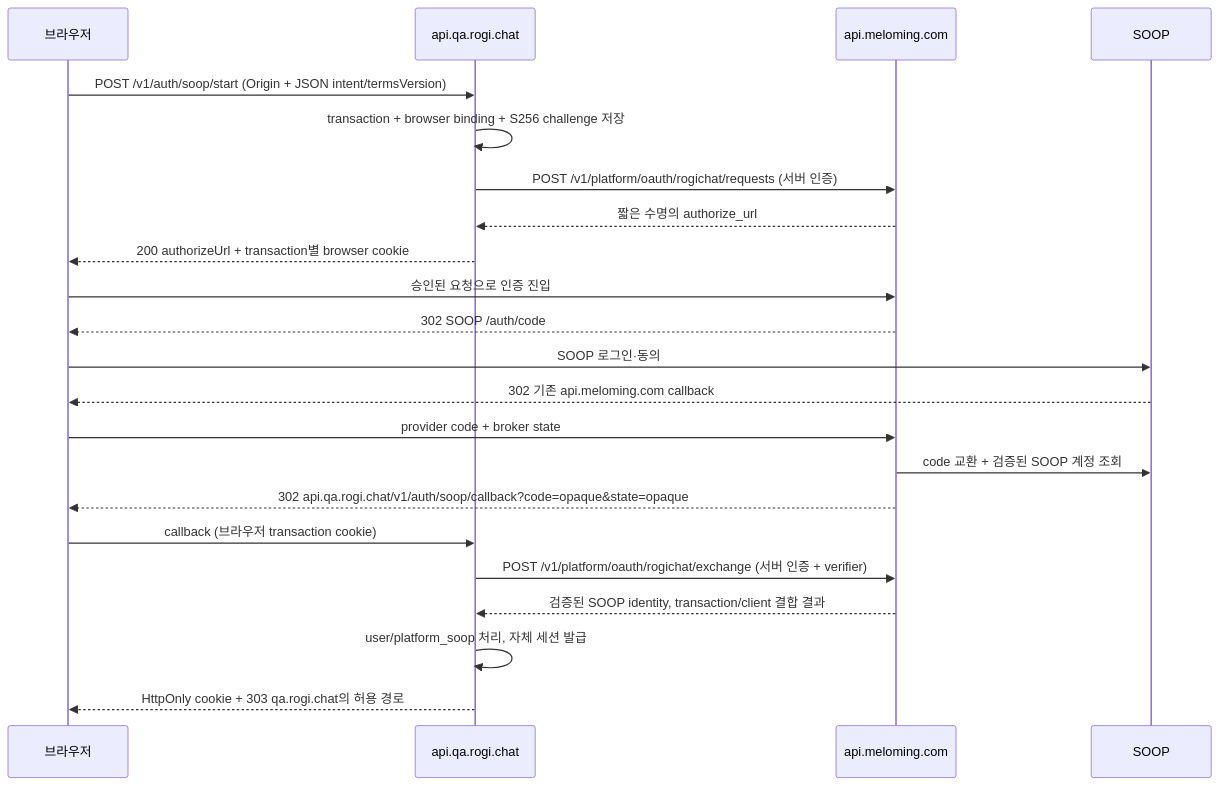
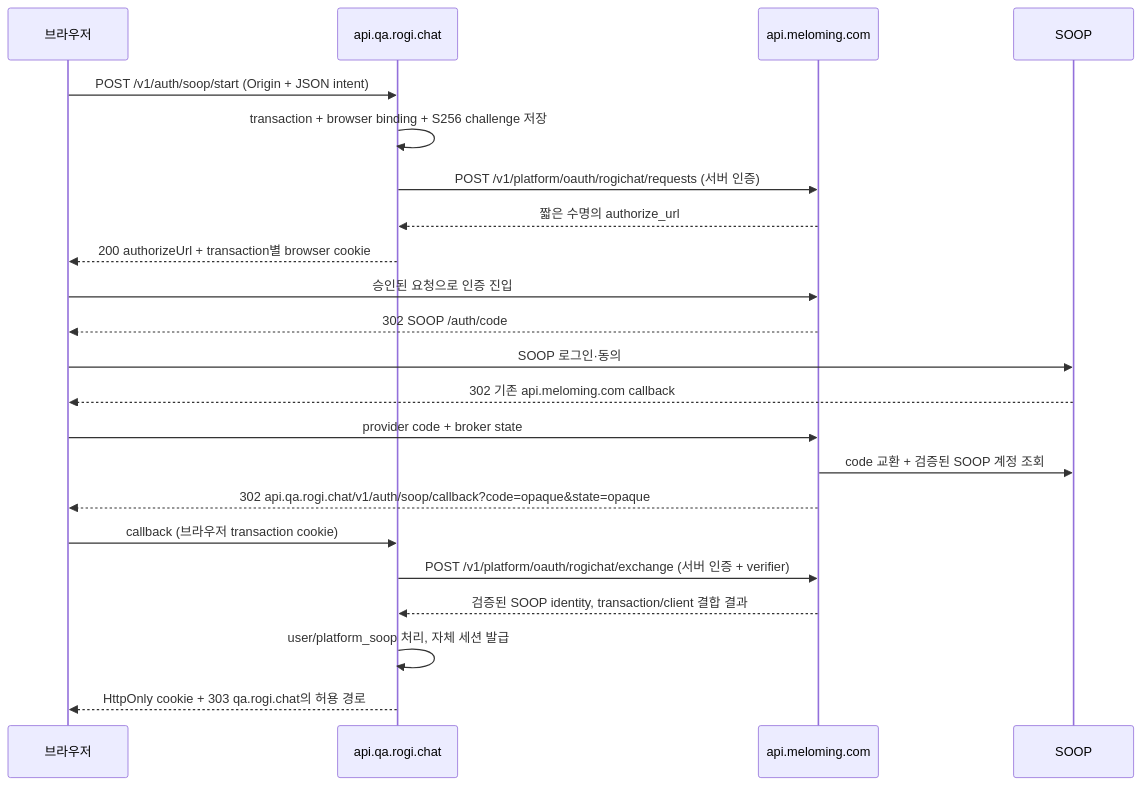
Before and after one commit to h66rogi/rogichat: the diagram in docs/soop-authentication.md, drawn with Mermaid. The commit also changed other lines of this file and 158 other files, not shown here.

````diff
--- a/docs/soop-authentication.md
+++ b/docs/soop-authentication.md
@@ -84,24 +84,24 @@
 ```mermaid
 sequenceDiagram
   participant B as 브라우저
   participant R as api.qa.rogi.chat
   participant M as api.meloming.com
   participant S as SOOP
-  B->>R: POST /v1/auth/soop/start (Origin + JSON intent/termsVersion)
+  B->>R: POST /v1/auth/soop/start (Origin + JSON intent)
   R->>R: transaction + browser binding + S256 challenge 저장
   R->>M: POST /v1/platform/oauth/rogichat/requests (서버 인증)
   M-->>R: 짧은 수명의 authorize_url
   R-->>B: 200 authorizeUrl + transaction별 browser cookie
   B->>M: 승인된 요청으로 인증 진입
   M-->>B: 302 SOOP /auth/code
   B->>S: SOOP 로그인·동의
   S-->>B: 302 기존 api.meloming.com callback
   B->>M: provider code + broker state
   M->>S: code 교환 + 검증된 SOOP 계정 조회
   M-->>B: 302 api.qa.rogi.chat/v1/auth/soop/callback?code=opaque&state=opaque
   B->>R: callback (브라우저 transaction cookie)
   R->>M: POST /v1/platform/oauth/rogichat/exchange (서버 인증 + verifier)
   M-->>R: 검증된 SOOP identity, transaction/client 결합 결과
   R->>R: user/platform_soop 처리, 자체 세션 발급
   R-->>B: HttpOnly cookie + 303 qa.rogi.chat의 허용 경로
 ```
````
